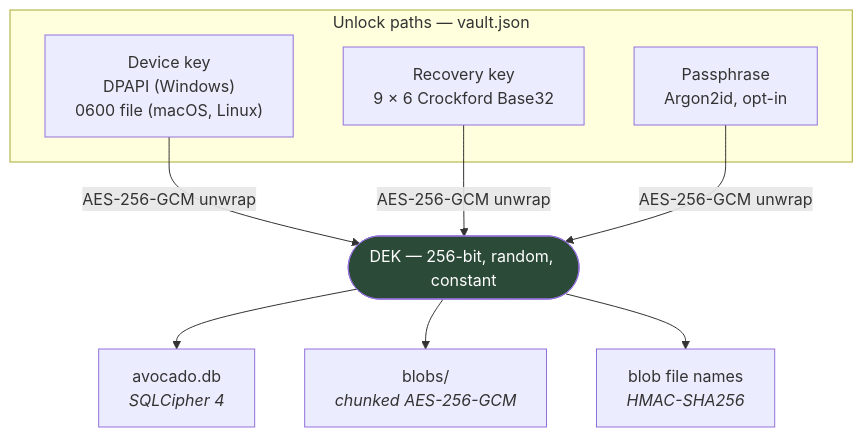
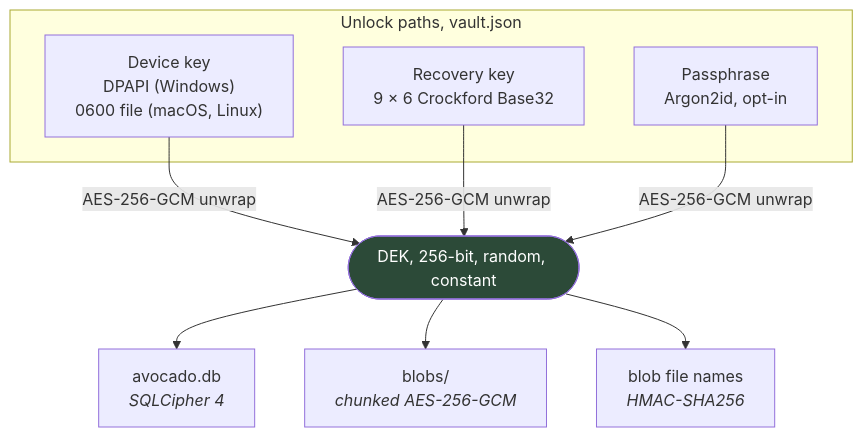
One commit to Vincent-Bdn/Avocado changed the diagram in docs/SECURITY.md. Above: the diagram before and after it, drawn with Mermaid. The commit also changed other lines of this file and 127 other files, not shown here.

````diff
--- a/docs/SECURITY.md
+++ b/docs/SECURITY.md
@@ -37,20 +37,20 @@
 ```mermaid
 flowchart TB
-    subgraph unwrap["Unlock paths — vault.json"]
+    subgraph unwrap["Unlock paths, vault.json"]
         device["Device key<br/>DPAPI (Windows)<br/>0600 file (macOS, Linux)"]
         recovery["Recovery key<br/>9 × 6 Crockford Base32"]
         pass["Passphrase<br/>Argon2id, opt-in"]
     end
 
-    dek(["DEK — 256-bit, random, constant"])
+    dek(["DEK, 256-bit, random, constant"])
 
     device -->|AES-256-GCM unwrap| dek
     recovery -->|AES-256-GCM unwrap| dek
     pass -->|AES-256-GCM unwrap| dek
 
     dek --> sql["avocado.db<br/><i>SQLCipher 4</i>"]
     dek --> blob["blobs/<br/><i>chunked AES-256-GCM</i>"]
     dek --> hmac["blob file names<br/><i>HMAC-SHA256</i>"]
 
     style dek fill:#2C4A38,color:#FFF
 ```
````
